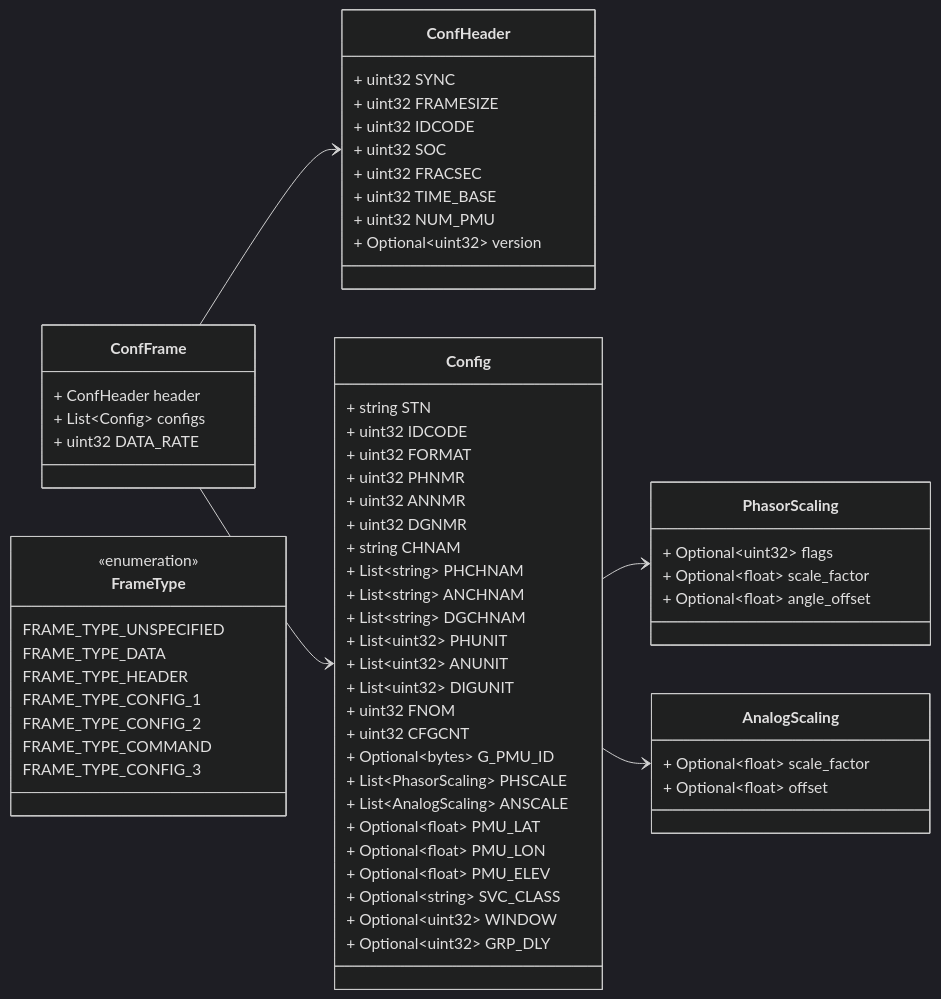
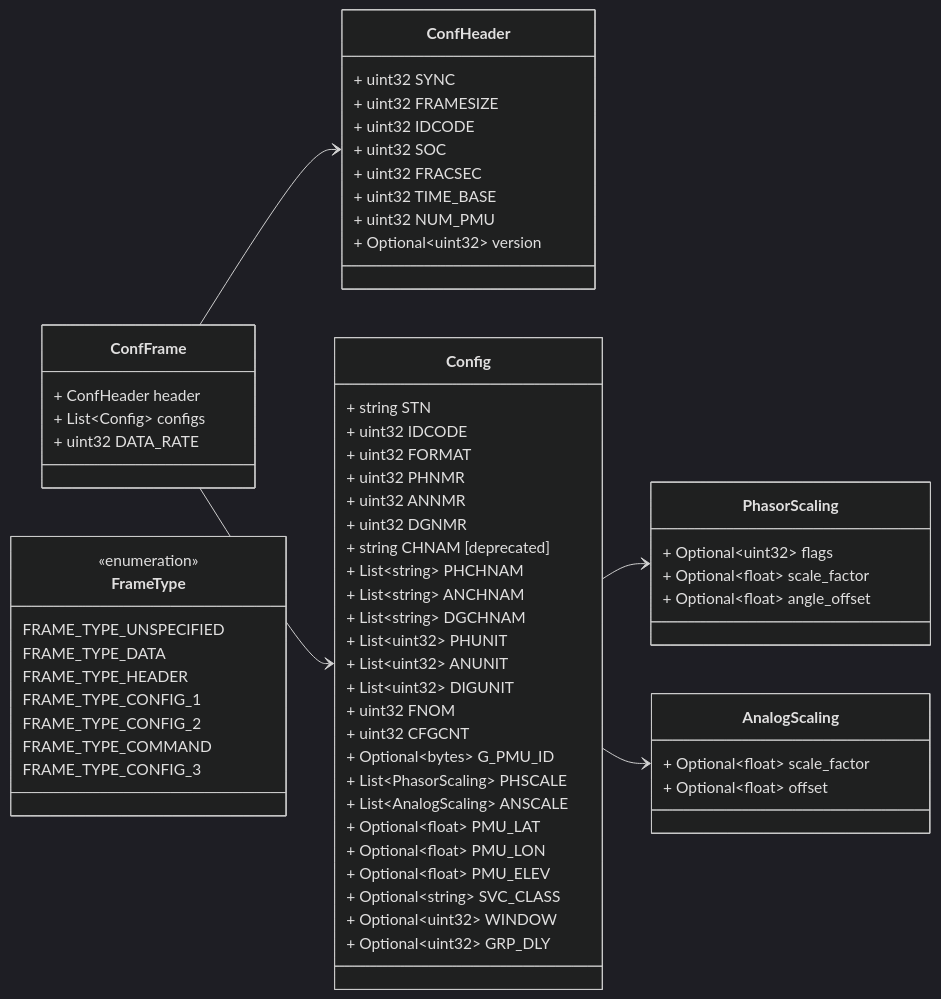
One commit to zaphiro-technologies/protobuf changed the first of 7 diagrams in docs/data_format/c37118/v1/conf.proto.md. Above: the diagram before and after it, drawn with Mermaid (dark theme). The commit also changed other lines of this file and 2 other files, not shown here.

```diff
--- a/docs/data_format/c37118/v1/conf.proto.md
+++ b/docs/data_format/c37118/v1/conf.proto.md
@@ -75,7 +75,7 @@
   + uint32 PHNMR
   + uint32 ANNMR
   + uint32 DGNMR
-  + string CHNAM
+  + string CHNAM [deprecated]
   + List~string~ PHCHNAM
   + List~string~ ANCHNAM
   + List~string~ DGCHNAM
```
